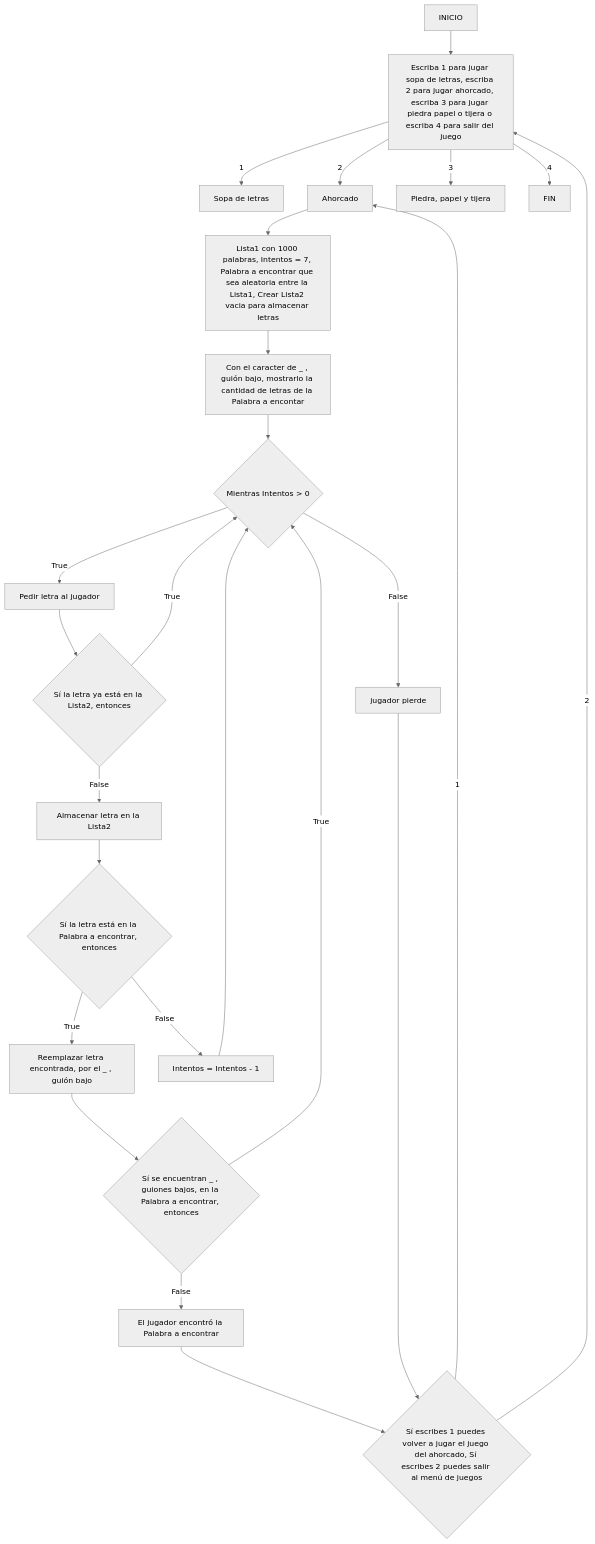
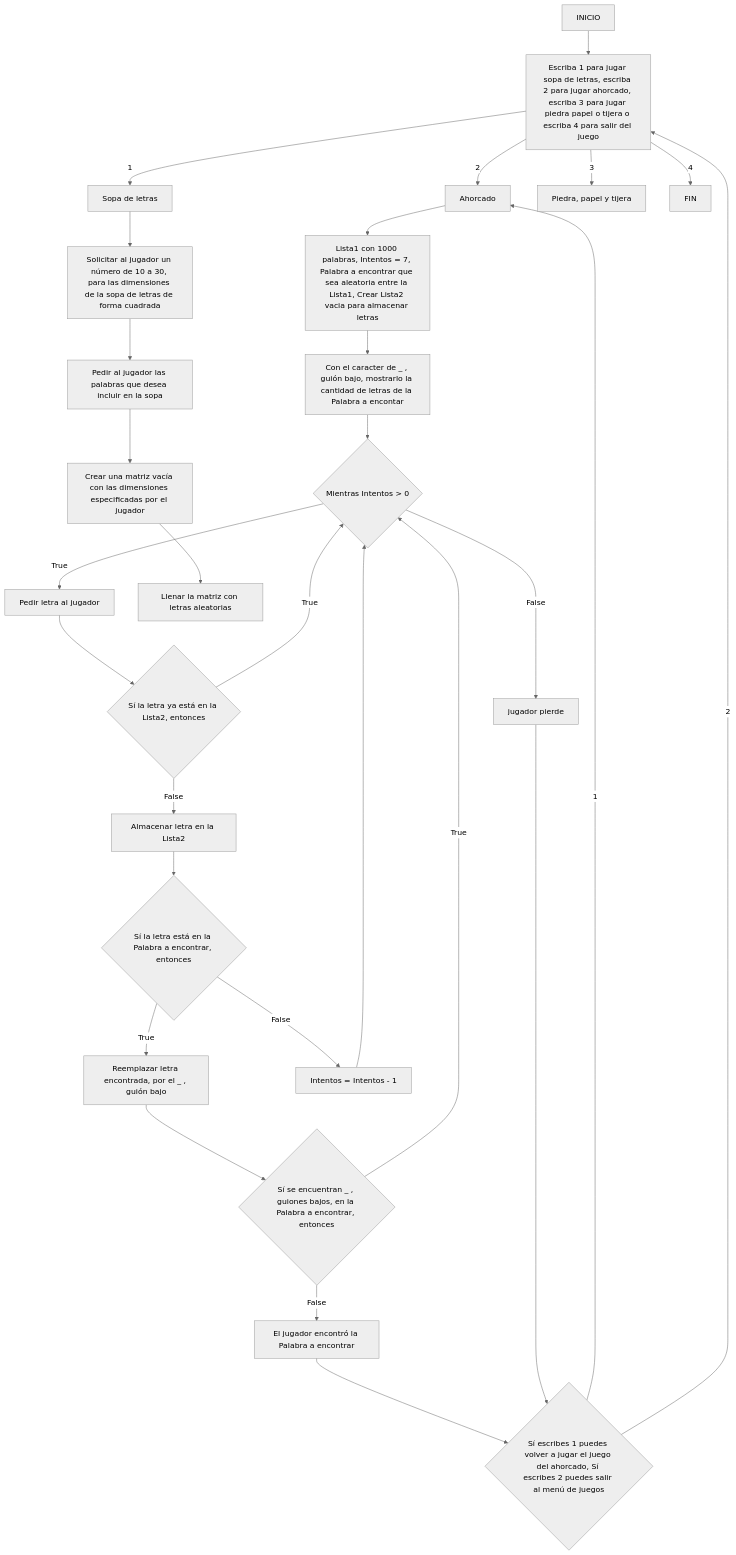
Before and after one commit to nisaespa/Adelanto-Proyecto-Final: the diagram in README.md, drawn with Mermaid (neutral theme).

Commit message:
README.md

````diff
--- a/README.md
+++ b/README.md
@@ -3,27 +3,31 @@
 ```mermaid
     flowchart TD;
     inicio[INICIO] --> seleccion[Escriba 1 para jugar sopa de letras, escriba 2 para jugar ahorcado, escriba 3 para jugar piedra papel o tijera o escriba 4 para salir del juego]
     seleccion --> |1| sopa[Sopa de letras]
     seleccion --> |2| ahorcado[Ahorcado]
     seleccion --> |3| piedra[Piedra, papel y tijera]
     seleccion --> |4| salir[FIN]
     ahorcado --> datos[Lista1 con 1000 palabras, Intentos = 7, Palabra a encontrar que sea aleatoria entre la Lista1, Crear Lista2 vacia para almacenar letras]
     datos --> ocultar[Con el caracter de _ , guión bajo, mostrarlo la cantidad de letras de la Palabra a encontar]
     ocultar --> bucle{Mientras Intentos > 0}
     bucle --> |True|pedir[Pedir letra al jugador]
     pedir --> condicion{Sí la letra ya está en la Lista2, entonces}
     condicion -->|True|bucle
     condicion -->|False|almacenar[Almacenar letra en la Lista2]
     almacenar -->está{Sí la letra está en la Palabra a encontrar, entonces}
     está -->|True|reemplazar[Reemplazar letra encontrada, por el _ , guión bajo]
     reemplazar -->guion{Sí se encuentran _ , guiones bajos, en la Palabra a encontrar, entonces}
     guion -->|True|bucle
     guion -->|False|ganaste[El jugador encontró la Palabra a encontrar]
     ganaste --> volver
     está -->|False|restarintentos[Intentos = Intentos - 1]
     restarintentos --> bucle
     bucle --> |False|perdio[jugador pierde]
     perdio -------> volver{Sí escribes 1 puedes volver a jugar el juego del ahorcado, Sí escribes 2 puedes salir al menú de juegos}
     volver -->|1|ahorcado
     volver -->|2|seleccion
+    sopa --> solicitar[Solicitar al jugador un número de 10 a 30, para las dimensiones de la sopa de letras de forma cuadrada]
+    solicitar --> pide[Pedir al jugador las palabras que desea incluir en la sopa]
+    pide --> crea[Crear una matriz vacía con las dimensiones especificadas por el jugador]
+    crea --> llena[Llenar la matriz con letras aleatorias]
 ```
````
